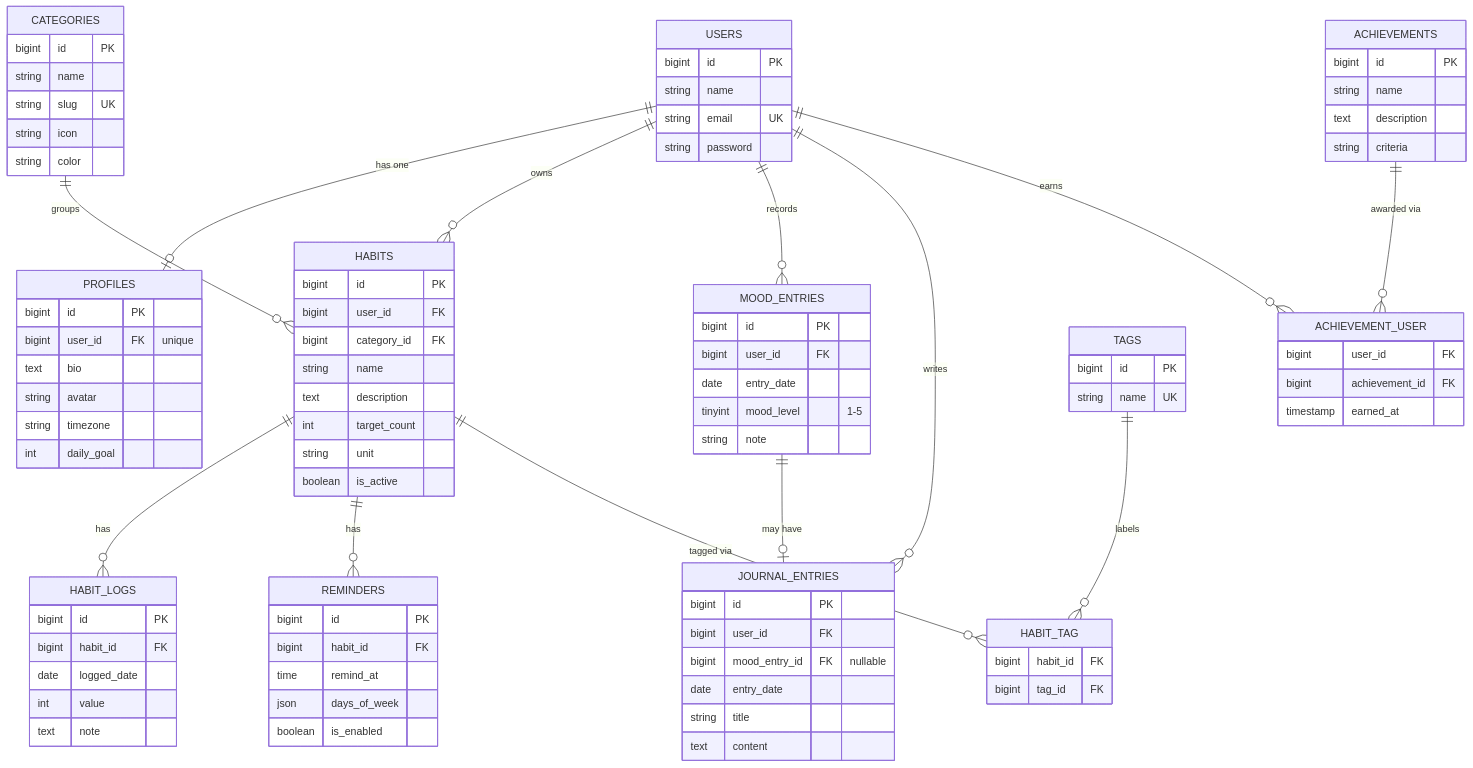
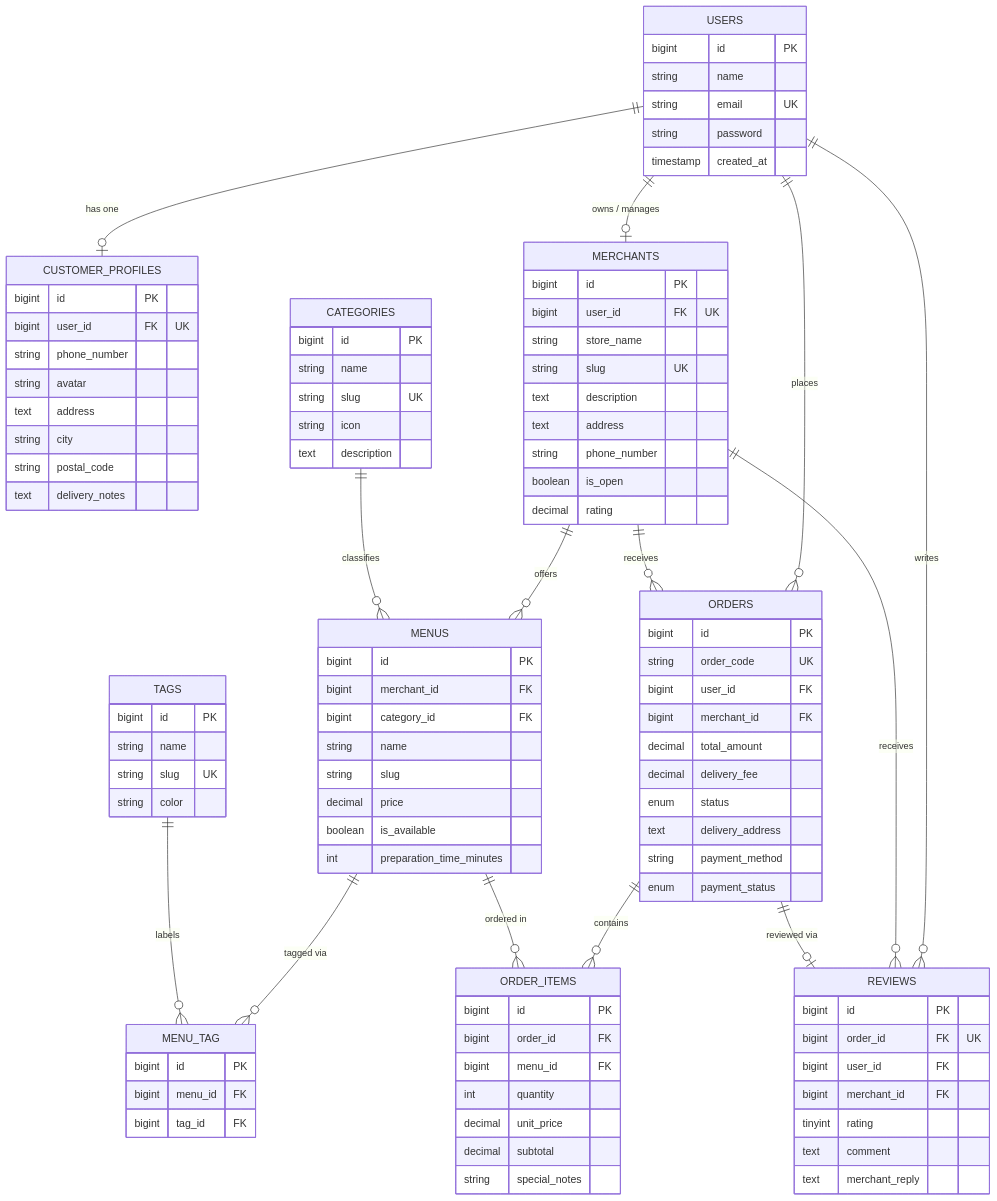
The diagram in docs/database/erd.md (abdiins/laravel5d), drawn with Mermaid before and after one commit. The commit also changed other lines of this file and 51 other files, not shown here.

````diff
--- a/docs/database/erd.md
+++ b/docs/database/erd.md
@@ -7,97 +9,116 @@
 ```mermaid
 erDiagram
-    USERS ||--o| PROFILES : "has one"
-    USERS ||--o{ HABITS : "owns"
-    USERS ||--o{ MOOD_ENTRIES : "records"
-    USERS ||--o{ JOURNAL_ENTRIES : "writes"
-    USERS ||--o{ ACHIEVEMENT_USER : "earns"
-    ACHIEVEMENTS ||--o{ ACHIEVEMENT_USER : "awarded via"
+    USERS ||--o| CUSTOMER_PROFILES : "has one"
+    USERS ||--o| MERCHANTS : "owns / manages"
+    USERS ||--o{ ORDERS : "places"
+    USERS ||--o{ REVIEWS : "writes"
 
-    CATEGORIES ||--o{ HABITS : "groups"
-    HABITS ||--o{ HABIT_LOGS : "has"
-    HABITS ||--o{ REMINDERS : "has"
-    HABITS ||--o{ HABIT_TAG : "tagged via"
-    TAGS ||--o{ HABIT_TAG : "labels"
+    MERCHANTS ||--o{ MENUS : "offers"
+    MERCHANTS ||--o{ ORDERS : "receives"
+    MERCHANTS ||--o{ REVIEWS : "receives"
 
-    MOOD_ENTRIES ||--o| JOURNAL_ENTRIES : "may have"
+    CATEGORIES ||--o{ MENUS : "classifies"
+    MENUS ||--o{ MENU_TAG : "tagged via"
+    TAGS ||--o{ MENU_TAG : "labels"
+
+    ORDERS ||--o{ ORDER_ITEMS : "contains"
+    MENUS ||--o{ ORDER_ITEMS : "ordered in"
+
+    ORDERS ||--o| REVIEWS : "reviewed via"
 
     USERS {
         bigint id PK
         string name
         string email UK
         string password
+        timestamp created_at
     }
-    PROFILES {
+
+    CUSTOMER_PROFILES {
         bigint id PK
-        bigint user_id FK "unique"
-        text bio
+        bigint user_id FK "UK"
+        string phone_number
         string avatar
-        string timezone
-        int daily_goal
+        text address
+        string city
+        string postal_code
+        text delivery_notes
     }
+
+    MERCHANTS {
+        bigint id PK
+        bigint user_id FK "UK"
+        string store_name
+        string slug UK
+        text description
+        text address
+        string phone_number
+        boolean is_open
+        decimal rating
+    }
+
     CATEGORIES {
         bigint id PK
         string name
         string slug UK
         string icon
+        text description
+    }
+
+    MENUS {
+        bigint id PK
+        bigint merchant_id FK
+        bigint category_id FK
+        string name
+        string slug
+        decimal price
+        boolean is_available
+        int preparation_time_minutes
+    }
+
+    TAGS {
+        bigint id PK
+        string name
+        string slug UK
         string color
     }
-    HABITS {
+
+    MENU_TAG {
         bigint id PK
-        bigint user_id FK
-        bigint category_id FK
-        string name
-        text description
-        int target_count
-        string unit
-        boolean is_active
-    }
-    HABIT_LOGS {
-        bigint id PK
-        bigint habit_id FK
-        date logged_date
-        int value
-        text note
-    }
-    TAGS {
-        bigint id PK
-        string name UK
-    }
-    HABIT_TAG {
-        bigint habit_id FK
+        bigint menu_id FK
         bigint tag_id FK
     }
-    REMINDERS {
+
+    ORDERS {
         bigint id PK
-        bigint habit_id FK
-        time remind_at
-        json days_of_week
-        boolean is_enabled
+        string order_code UK
+        bigint user_id FK
+        bigint merchant_id FK
+        decimal total_amount
+        decimal delivery_fee
+        enum status
+        text delivery_address
+        string payment_method
+        enum payment_status
     }
-    MOOD_ENTRIES {
+
+    ORDER_ITEMS {
         bigint id PK
+        bigint order_id FK
+        bigint menu_id FK
+        int quantity
+        decimal unit_price
+        decimal subtotal
+        string special_notes
+    }
+
+    REVIEWS {
+        bigint id PK
+        bigint order_id FK "UK"
         bigint user_id FK
-        date entry_date
-        tinyint mood_level "1-5"
-        string note
-    }
-    JOURNAL_ENTRIES {
-        bigint id PK
-        bigint user_id FK
-        bigint mood_entry_id FK "nullable"
-        date entry_date
-        string title
-        text content
-    }
-    ACHIEVEMENTS {
-        bigint id PK
-        string name
-        text description
-        string criteria
-    }
-    ACHIEVEMENT_USER {
-        bigint user_id FK
-        bigint achievement_id FK
-        timestamp earned_at
+        bigint merchant_id FK
+        tinyint rating
+        text comment
+        text merchant_reply
     }
 ```
````
